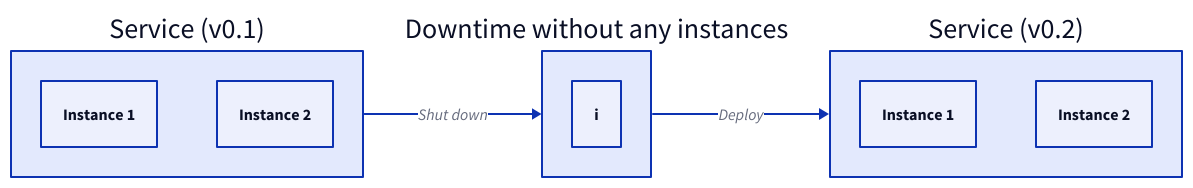
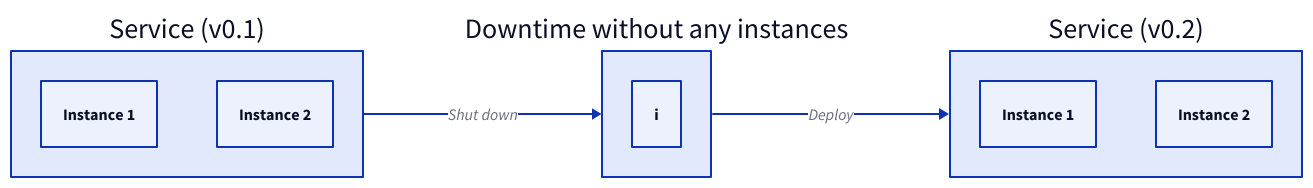
The second of 9 diagrams in content/system-administration/system-deployment/deployment-strategies.md (link1905/system-design-101), drawn with D2 before and after one commit. The commit also changed other lines of this file and 42 other files, not shown here.

````diff
--- a/content/system-administration/system-deployment/deployment-strategies.md
+++ b/content/system-administration/system-deployment/deployment-strategies.md
@@ -32,26 +32,27 @@
 ```d2
 grid-rows: 1
+horizontal-gap: 100
 s1: Service (v0.1) {
     i1: Instance 1 {
         class: server
     }
     i2: Instance 2 {
         class: server
     }
 }
 s: Downtime without any instances {
   i: {
     class: none
   }
 }
 s2: Service (v0.2) {
   i1: Instance 1 {
     class: server
   }
   i2: Instance 2 {
     class: server
   }
 }
 s1 -> s: Shut down
 s -> s2: Deploy
 ```
````
